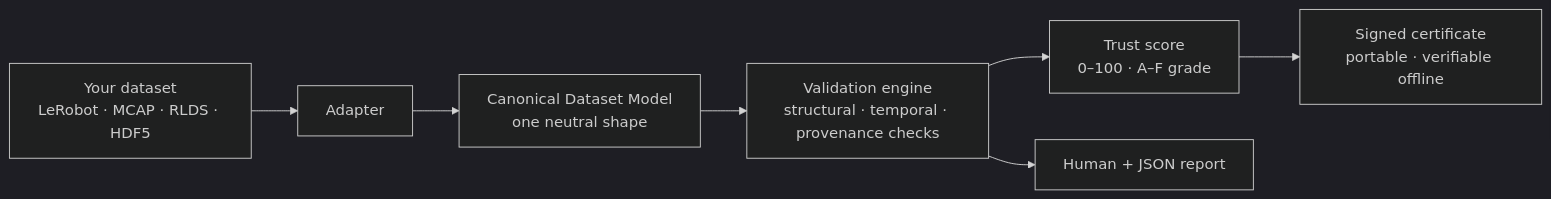
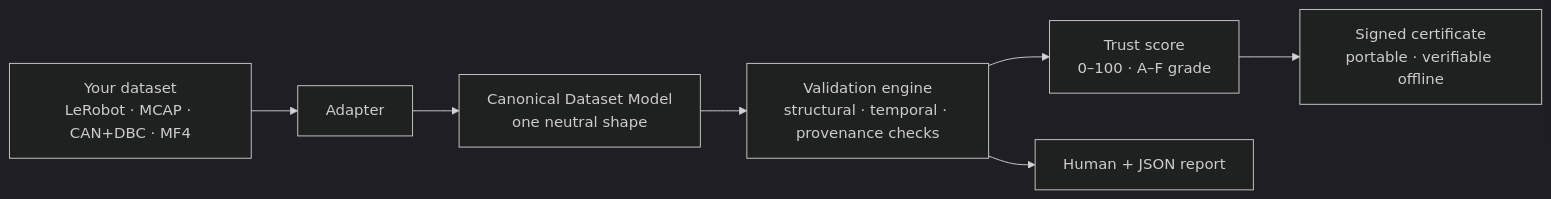
The first of 2 diagrams in README.md (clay-good/veridex), drawn with Mermaid (dark theme) before and after one commit. The commit also changed other lines of this file and 6 other files, not shown here.

````diff
--- a/README.md
+++ b/README.md
@@ -54,9 +56,9 @@
 ```mermaid
 flowchart LR
-    A[Your dataset<br/>LeRobot · MCAP · RLDS · HDF5] --> B[Adapter]
+    A[Your dataset<br/>LeRobot · MCAP · CAN+DBC · MF4] --> B[Adapter]
     B --> C[Canonical Dataset Model<br/>one neutral shape]
     C --> D[Validation engine<br/>structural · temporal · provenance checks]
     D --> E[Trust score<br/>0–100 · A–F grade]
     E --> F[Signed certificate<br/>portable · verifiable offline]
     D --> G[Human + JSON report]
 ```
````
